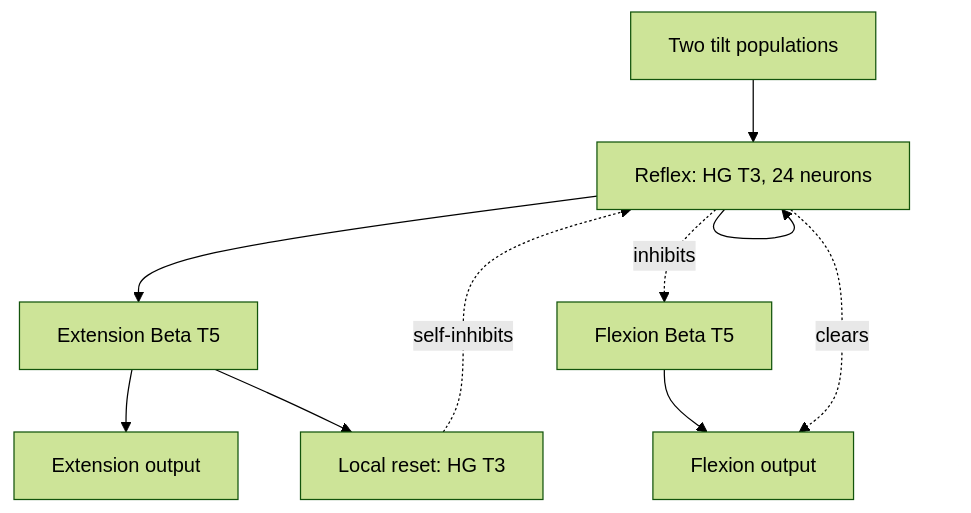
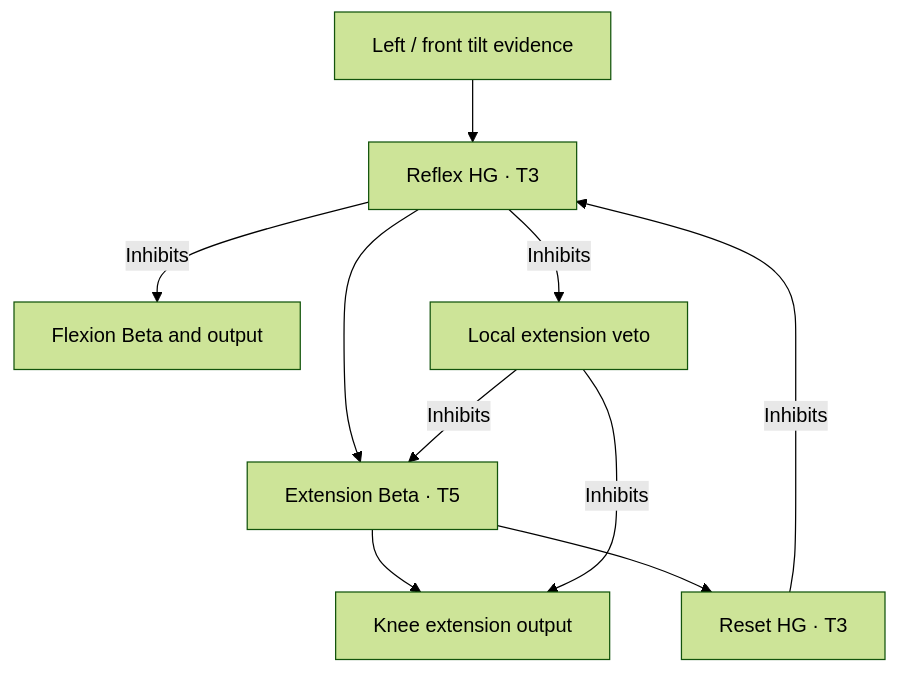
One commit to artificial-brains-inc/primalux-quadruped-walk-neural-loop changed the diagram in docs/REFLEX.md. Above: the diagram before and after it, drawn with Mermaid (forest theme). The commit also changed other lines of this file and 21 other files, not shown here.

````diff
--- a/docs/REFLEX.md
+++ b/docs/REFLEX.md
@@ -8,12 +11,12 @@
 ```mermaid
 flowchart TD
-    S["Two tilt populations"] --> R["Reflex: HG T3, 24 neurons"]
-    R --> E["Extension Beta T5"]
-    E --> O["Extension output"]
-    R -. "inhibits" .-> F["Flexion Beta T5"]
-    F --> P["Flexion output"]
-    R -. "clears" .-> P
-    E --> C["Local reset: HG T3"]
-    R --> R
-    C -. "self-inhibits" .-> R
+  R["Left / front tilt evidence"] --> H["Reflex HG · T3"]
+  H --> E["Extension Beta · T5"]
+  E --> O["Knee extension output"]
+  H -- Inhibits --> F["Flexion Beta and output"]
+  H -- Inhibits --> V["Local extension veto"]
+  V -- Inhibits --> E
+  V -- Inhibits --> O
+  E --> Q["Reset HG · T3"]
+  Q -- Inhibits --> H
 ```
````
